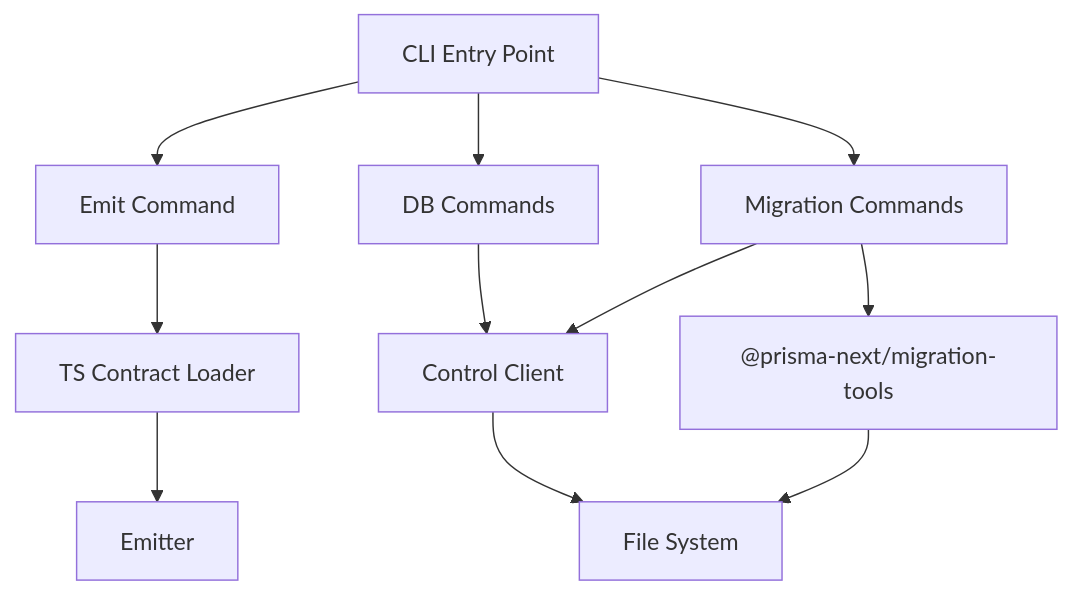
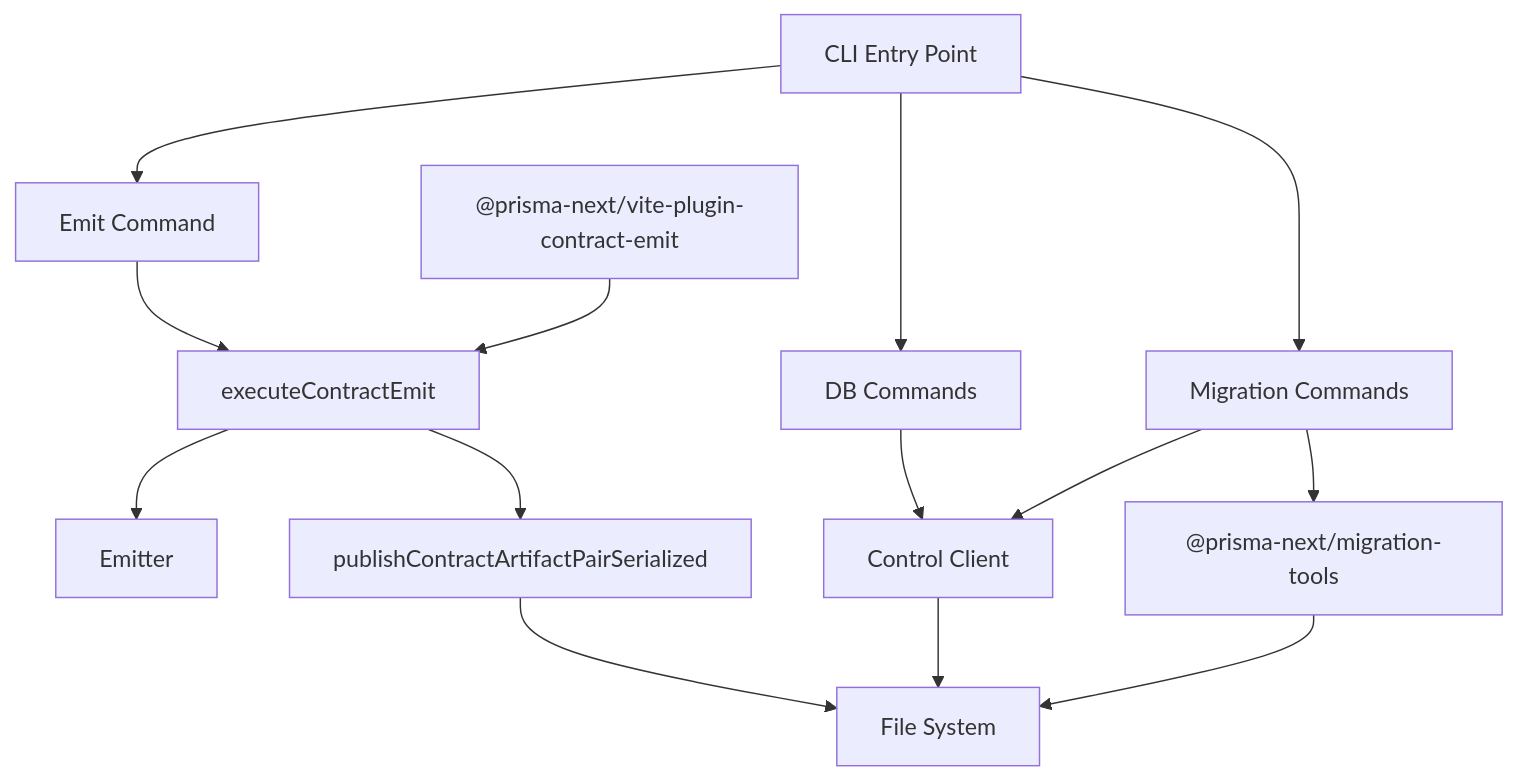
One commit to prisma/prisma-next changed the diagram in packages/1-framework/3-tooling/cli/README.md. Above: the diagram before and after it, drawn with Mermaid. The commit also changed other lines of this file and 6 other files, not shown here.

````diff
--- a/packages/1-framework/3-tooling/cli/README.md
+++ b/packages/1-framework/3-tooling/cli/README.md
@@ -1089,23 +1089,28 @@
 ```mermaid
 flowchart TD
     CLI[CLI Entry Point]
     CMD_EMIT[Emit Command]
     CMD_DB[DB Commands]
     CMD_MIG[Migration Commands]
-    LOAD[TS Contract Loader]
+    EXEC_EMIT[executeContractEmit]
+    PUBLISH[publishContractArtifactPairSerialized]
     EMIT[Emitter]
     CTRL[Control Client]
     MIG_TOOLS["@prisma-next/migration-tools"]
     FS[File System]
+    VITE["@prisma-next/vite-plugin-contract-emit"]
 
     CLI --> CMD_EMIT
     CLI --> CMD_DB
     CLI --> CMD_MIG
-    CMD_EMIT --> LOAD
-    LOAD --> EMIT
+    CMD_EMIT --> EXEC_EMIT
+    VITE --> EXEC_EMIT
+    EXEC_EMIT --> EMIT
+    EXEC_EMIT --> PUBLISH
+    PUBLISH --> FS
     CMD_DB --> CTRL
     CMD_MIG --> CTRL
     CMD_MIG --> MIG_TOOLS
     MIG_TOOLS --> FS
     CTRL --> FS
 ```
````
